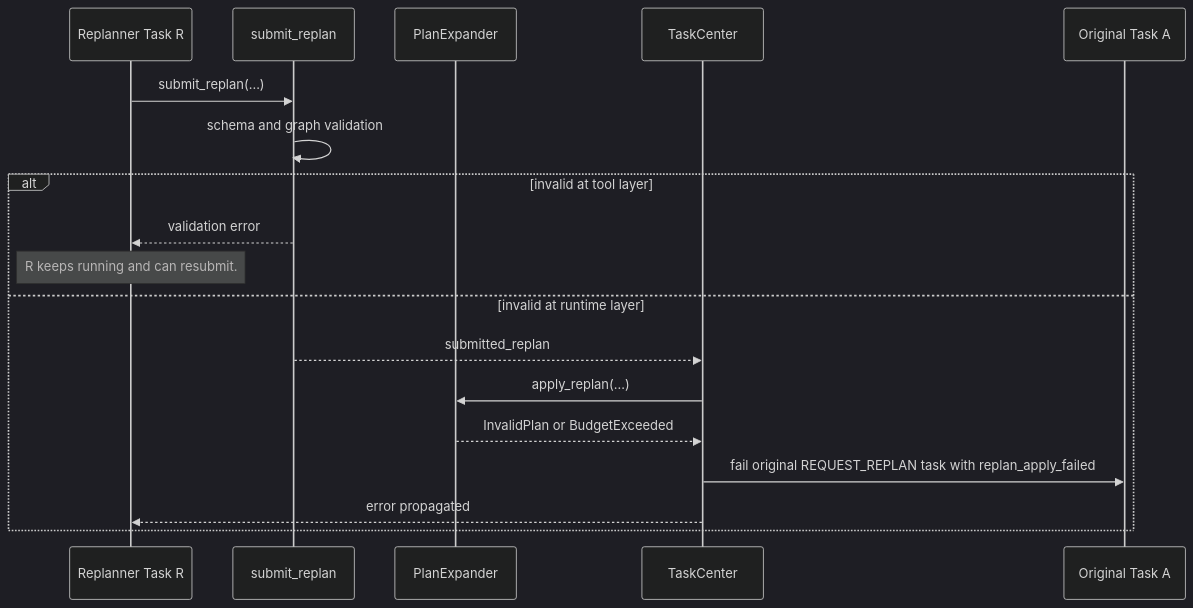
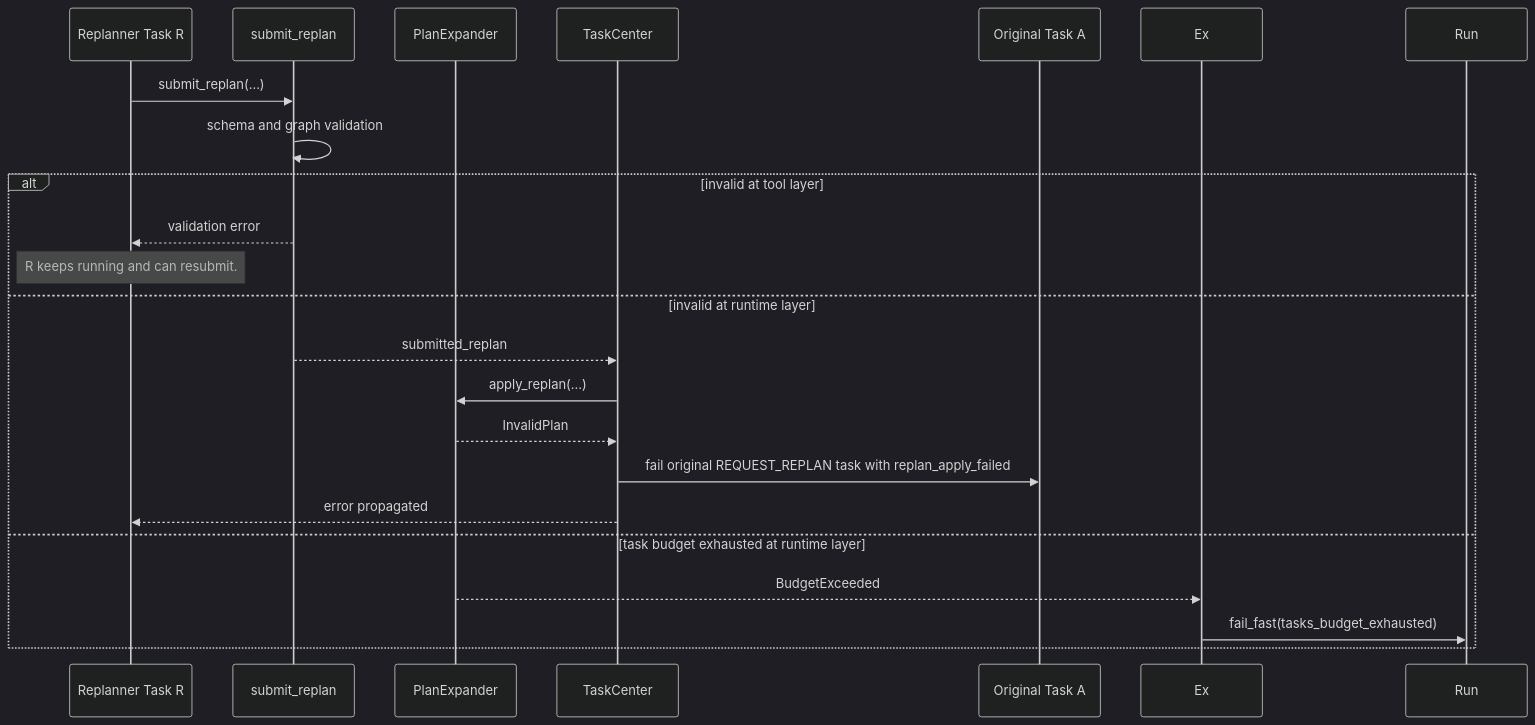
One commit to Ephemeral-AI-Lab/ephemeral-os changed the sixth of 7 diagrams in docs/architecture/replan-workflow-sequence-diagrams.md. Above: the diagram before and after it, drawn with Mermaid (dark theme). The commit also changed other lines of this file and 22 other files, not shown here.

````diff
--- a/docs/architecture/replan-workflow-sequence-diagrams.md
+++ b/docs/architecture/replan-workflow-sequence-diagrams.md
@@ -249,22 +256,25 @@
 ```mermaid
 sequenceDiagram
     participant R as Replanner Task R
     participant Tool as submit_replan
     participant PE as PlanExpander
     participant TC as TaskCenter
     participant A as Original Task A
 
     R->>Tool: submit_replan(...)
     Tool->>Tool: schema and graph validation
 
     alt invalid at tool layer
         Tool-->>R: validation error
         Note over R: R keeps running and can resubmit.
     else invalid at runtime layer
         Tool-->>TC: submitted_replan
         TC->>PE: apply_replan(...)
-        PE-->>TC: InvalidPlan or BudgetExceeded
+        PE-->>TC: InvalidPlan
         TC->>A: fail original REQUEST_REPLAN task with replan_apply_failed
         TC-->>R: error propagated
+    else task budget exhausted at runtime layer
+        PE-->>Ex: BudgetExceeded
+        Ex->>Run: fail_fast(tasks_budget_exhausted)
     end
 ```
````
